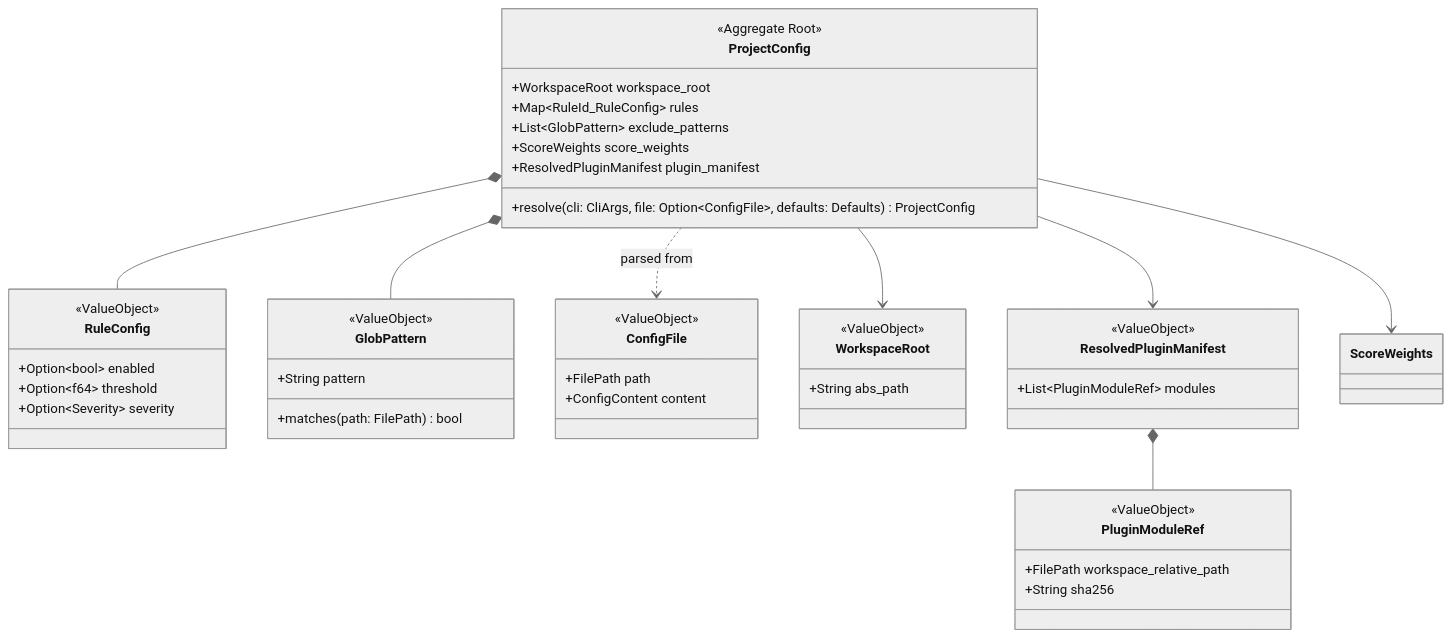
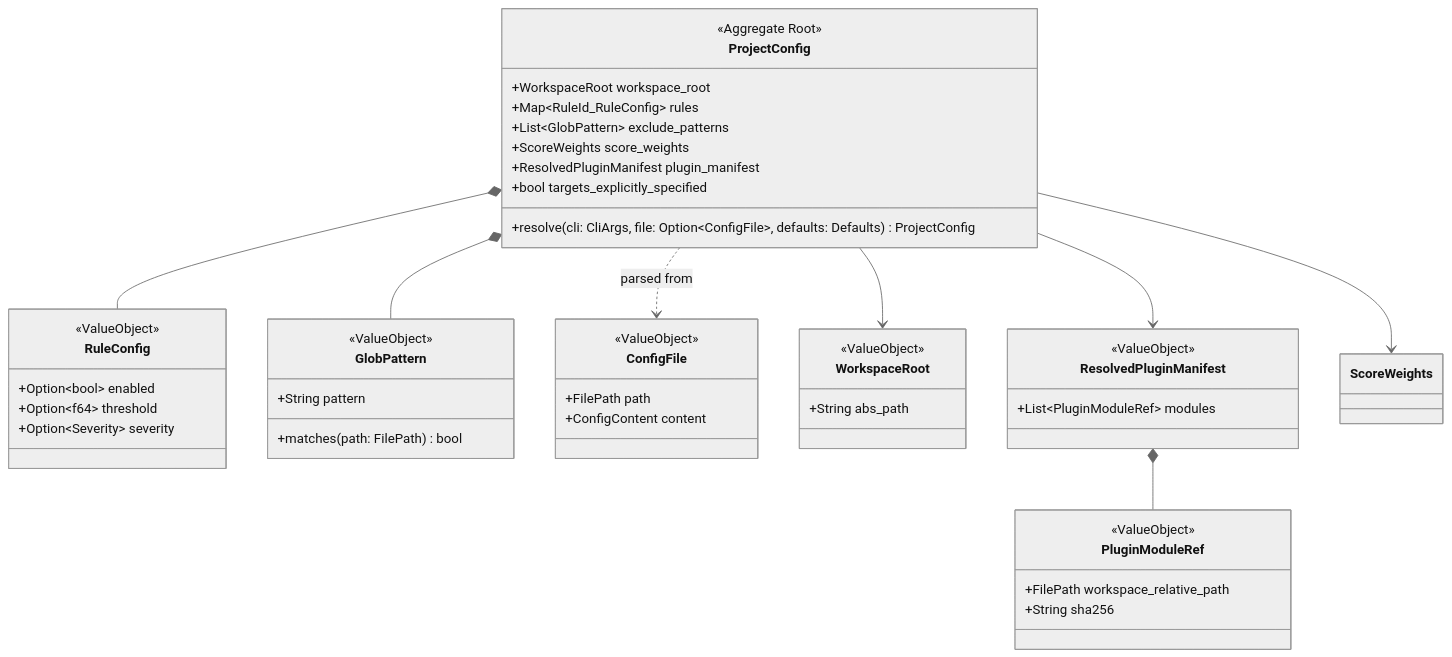
The sixth of 9 diagrams in docs/domain_model.md (RK0429/kalos), drawn with Mermaid (neutral theme) before and after one commit. The commit also changed other lines of this file and 6 other files, not shown here.

````diff
--- a/docs/domain_model.md
+++ b/docs/domain_model.md
@@ -570,49 +570,50 @@
 ```mermaid
 classDiagram
     class ProjectConfig {
         <<Aggregate Root>>
         +WorkspaceRoot workspace_root
         +Map~RuleId_RuleConfig~ rules
         +List~GlobPattern~ exclude_patterns
         +ScoreWeights score_weights
         +ResolvedPluginManifest plugin_manifest
+        +bool targets_explicitly_specified
         +resolve(cli: CliArgs, file: Option~ConfigFile~, defaults: Defaults) ProjectConfig
     }
     class RuleConfig {
         <<ValueObject>>
         +Option~bool~ enabled
         +Option~f64~ threshold
         +Option~Severity~ severity
     }
     class GlobPattern {
         <<ValueObject>>
         +String pattern
         +matches(path: FilePath) bool
     }
     class ConfigFile {
         <<ValueObject>>
         +FilePath path
         +ConfigContent content
     }
     class WorkspaceRoot {
         <<ValueObject>>
         +String abs_path
     }
     class ResolvedPluginManifest {
         <<ValueObject>>
         +List~PluginModuleRef~ modules
     }
     class PluginModuleRef {
         <<ValueObject>>
         +FilePath workspace_relative_path
         +String sha256
     }
 
     ProjectConfig --> WorkspaceRoot
     ProjectConfig *-- RuleConfig
     ProjectConfig *-- GlobPattern
     ProjectConfig --> ScoreWeights
     ProjectConfig --> ResolvedPluginManifest
     ResolvedPluginManifest *-- PluginModuleRef
     ProjectConfig ..> ConfigFile : parsed from
 ```
````
